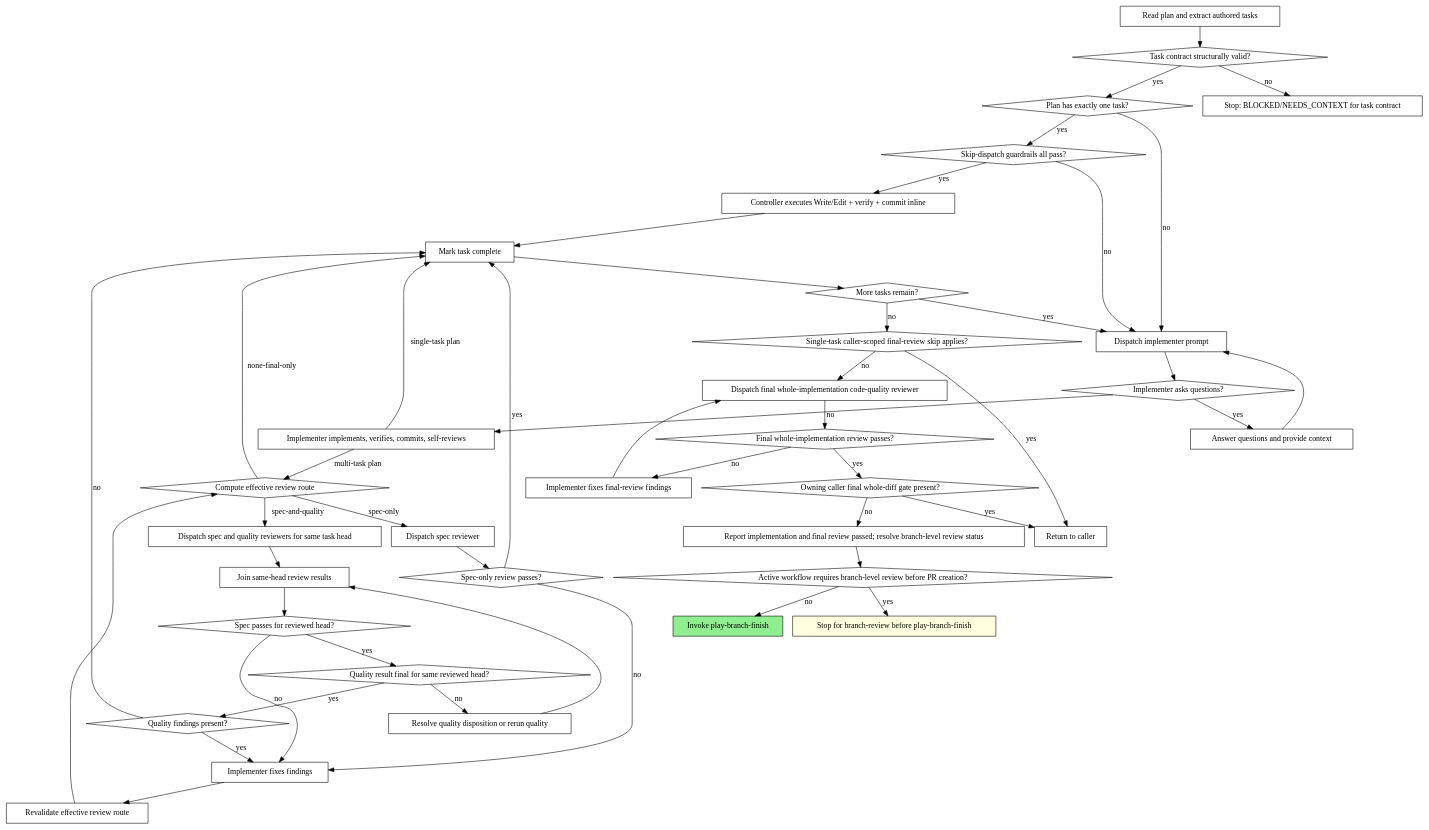
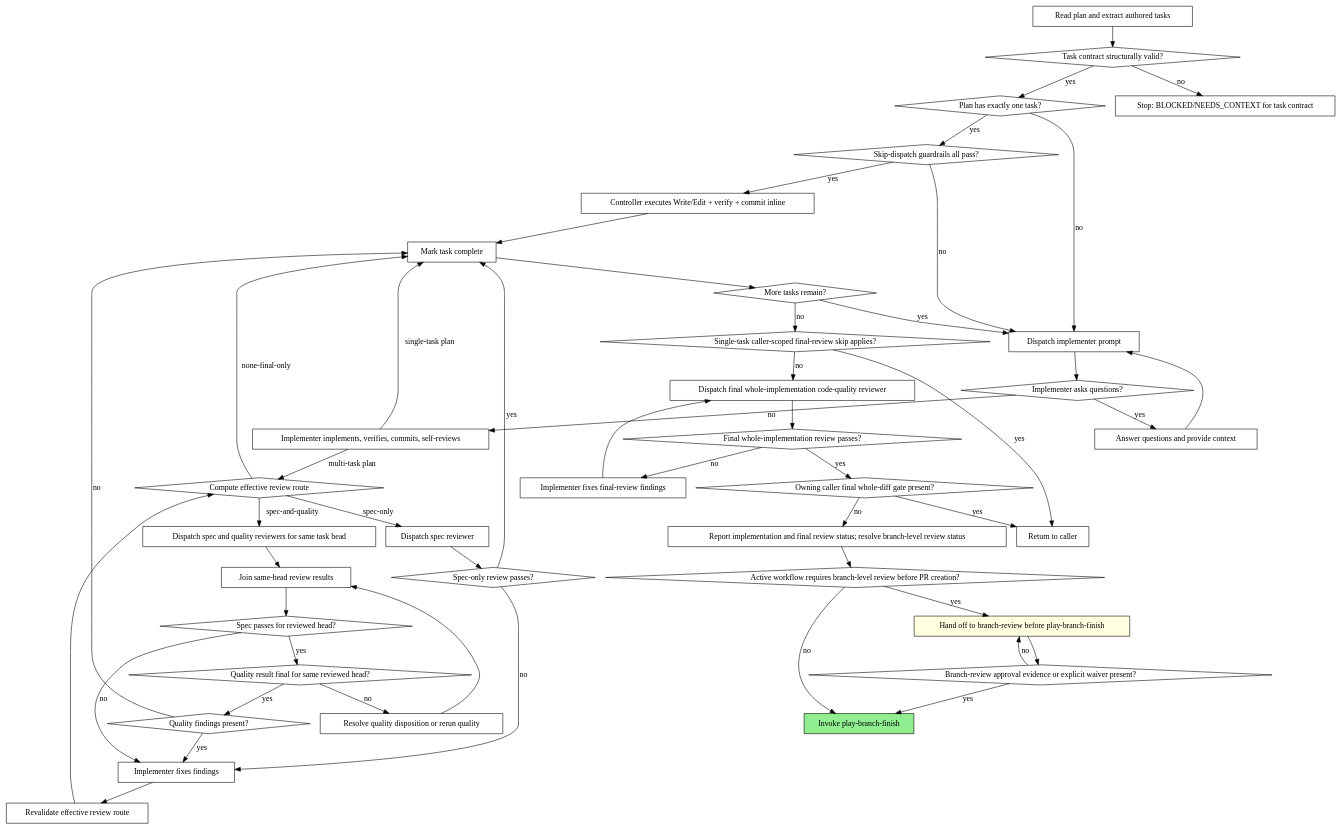
Before and after one commit to ryumiel/devcanon: the second of 2 diagrams in skills/play-subagent-execution/references/process-diagrams.md, drawn with Graphviz. The commit also changed other lines of this file and 33 other files, not shown here.

First line of the commit message:
fix(skills): require branch review before finish (#488)

````diff
--- a/skills/play-subagent-execution/references/process-diagrams.md
+++ b/skills/play-subagent-execution/references/process-diagrams.md
@@ -58,9 +58,10 @@
     "Implementer fixes final-review findings" [shape=box];
     "Owning caller final whole-diff gate present?" [shape=diamond];
     "Return to caller" [shape=box];
-    "Report implementation and final review passed; resolve branch-level review status" [shape=box];
+    "Report implementation and final review status; resolve branch-level review status" [shape=box];
     "Active workflow requires branch-level review before PR creation?" [shape=diamond];
-    "Stop for branch-review before play-branch-finish" [shape=box style=filled fillcolor=lightyellow];
+    "Hand off to branch-review before play-branch-finish" [shape=box style=filled fillcolor=lightyellow];
+    "Branch-review approval evidence or explicit waiver present?" [shape=diamond];
     "Invoke play-branch-finish" [shape=box style=filled fillcolor=lightgreen];
     "Stop: BLOCKED/NEEDS_CONTEXT for task contract" [shape=box];
 
@@ -105,9 +106,12 @@
     "Implementer fixes final-review findings" -> "Dispatch final whole-implementation code-quality reviewer";
     "Final whole-implementation review passes?" -> "Owning caller final whole-diff gate present?" [label="yes"];
     "Owning caller final whole-diff gate present?" -> "Return to caller" [label="yes"];
-    "Owning caller final whole-diff gate present?" -> "Report implementation and final review passed; resolve branch-level review status" [label="no"];
-    "Report implementation and final review passed; resolve branch-level review status" -> "Active workflow requires branch-level review before PR creation?";
-    "Active workflow requires branch-level review before PR creation?" -> "Stop for branch-review before play-branch-finish" [label="yes"];
+    "Owning caller final whole-diff gate present?" -> "Report implementation and final review status; resolve branch-level review status" [label="no"];
+    "Report implementation and final review status; resolve branch-level review status" -> "Active workflow requires branch-level review before PR creation?";
+    "Active workflow requires branch-level review before PR creation?" -> "Hand off to branch-review before play-branch-finish" [label="yes"];
+    "Hand off to branch-review before play-branch-finish" -> "Branch-review approval evidence or explicit waiver present?";
+    "Branch-review approval evidence or explicit waiver present?" -> "Invoke play-branch-finish" [label="yes"];
+    "Branch-review approval evidence or explicit waiver present?" -> "Hand off to branch-review before play-branch-finish" [label="no"];
     "Active workflow requires branch-level review before PR creation?" -> "Invoke play-branch-finish" [label="no"];
 }
 ```
````
